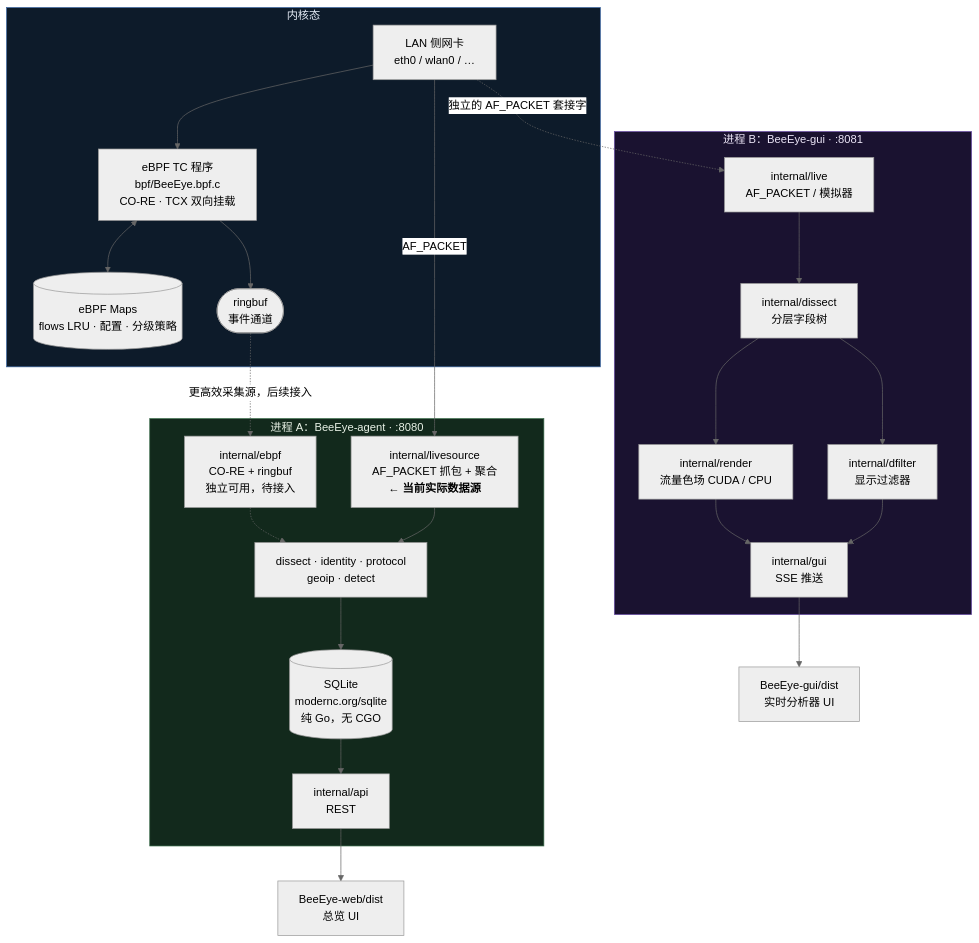
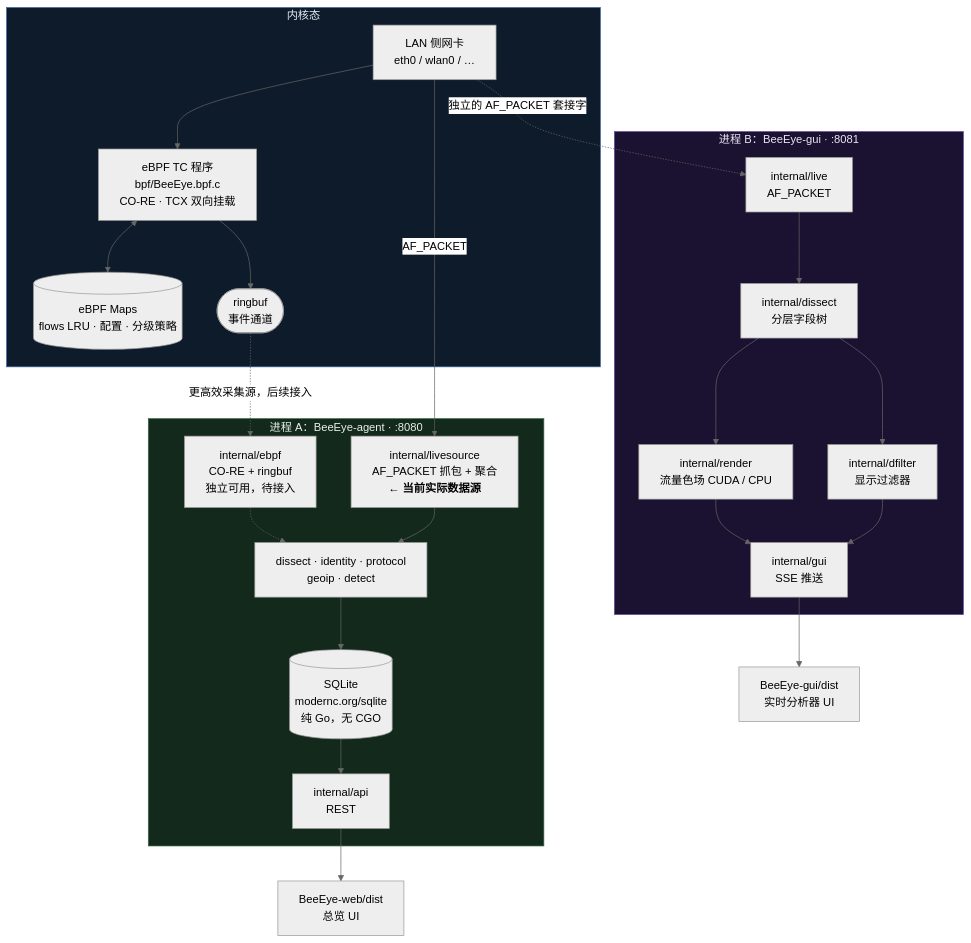
The first of 10 diagrams in ARCHITECTURE.md (cn0xroot/BeeEye), drawn with Mermaid (neutral theme) before and after one commit. The commit also changed other lines of this file and 38 other files, not shown here.

````diff
--- a/ARCHITECTURE.md
+++ b/ARCHITECTURE.md
@@ -21,46 +21,46 @@
 ```mermaid
 flowchart TB
     subgraph KERNEL["内核态"]
         NIC["LAN 侧网卡<br/>eth0 / wlan0 / …"]
         TCX["eBPF TC 程序<br/>bpf/BeeEye.bpf.c<br/>CO-RE · TCX 双向挂载"]
         MAPS[("eBPF Maps<br/>flows LRU · 配置 · 分级策略")]
         RB(["ringbuf<br/>事件通道"])
         NIC --> TCX
         TCX <--> MAPS
         TCX --> RB
     end
 
     subgraph AGENT["进程 A：BeeEye-agent  ·  :8080"]
         LSRC["internal/livesource<br/>AF_PACKET 抓包 + 聚合<br/><b>← 当前实际数据源</b>"]
         LOADER["internal/ebpf<br/>CO-RE + ringbuf<br/>独立可用，待接入"]
         PIPE["dissect · identity · protocol<br/>geoip · detect"]
         DB[("SQLite<br/>modernc.org/sqlite<br/>纯 Go，无 CGO")]
         REST["internal/api<br/>REST"]
         LSRC --> PIPE --> DB --> REST
         RB -.->|"更高效采集源，后续接入"| LOADER
         LOADER -.-> PIPE
     end
 
     subgraph GUI["进程 B：BeeEye-gui  ·  :8081"]
-        LIVE["internal/live<br/>AF_PACKET / 模拟器"]
+        LIVE["internal/live<br/>AF_PACKET"]
         DIS["internal/dissect<br/>分层字段树"]
         DF["internal/dfilter<br/>显示过滤器"]
         RENDER["internal/render<br/>流量色场 CUDA / CPU"]
         SSE["internal/gui<br/>SSE 推送"]
         LIVE --> DIS --> DF --> SSE
         DIS --> RENDER --> SSE
     end
 
     NIC -->|"AF_PACKET"| LSRC
     NIC -.->|"独立的 AF_PACKET 套接字"| LIVE
 
     WEB["BeeEye-web/dist<br/>总览 UI"]
     GWEB["BeeEye-gui/dist<br/>实时分析器 UI"]
 
     REST --> WEB
     SSE --> GWEB
 
     style KERNEL fill:#0d1b2a,color:#e6edf7,stroke:#35619e
     style AGENT fill:#12291c,color:#e9f2e7,stroke:#386a48
     style GUI fill:#1a1230,color:#ece6f7,stroke:#6b4fa8
 ```
````
